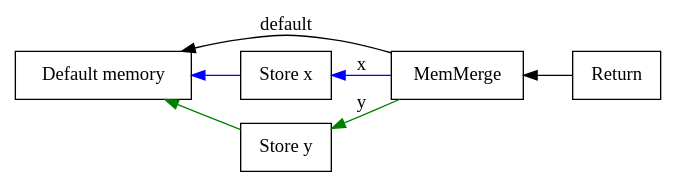
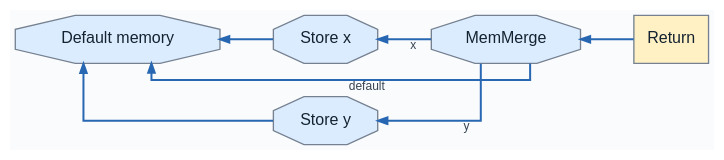
One commit to SeaOfNodes/Simple changed the diagram in chapter10b/docs/example2a.gv. Above: the diagram before and after it, drawn with Graphviz. The commit also changed 175 other files, not shown here.

```diff
--- a/chapter10b/docs/example2a.gv
+++ b/chapter10b/docs/example2a.gv
@@ -1,10 +1,17 @@
 digraph Memory {
+  // IR styles match graph/web/render.js; arrows are use -> definition.
+  graph [bgcolor="#fafbfc" fontname="Helvetica" nodesep=0.35 ranksep=0.55 splines=ortho];
+  node [fontname="Helvetica" fontsize=12 color="#758191" fontcolor="#152330" shape=box style="rounded,filled" fillcolor="#edf3f7"];
+  edge [fontname="Helvetica" fontsize=9 color="#536477" fontcolor="#364352" arrowsize=0.7 penwidth=1.5];
+
   rankdir=RL;
-  node [shape=box];
-  M [label="Default memory"];
-  X [label="Store x"];
-  Y [label="Store y"];
-  X -> M [color=blue]; Y -> M [color=green];
-  MemMerge -> M [label="default"]; MemMerge -> X [label="x",color=blue];
-  MemMerge -> Y [label="y",color=green]; Return -> MemMerge;
+
+  M [label="Default memory" shape=octagon style="filled" fillcolor="#dcecff"];
+  X [label="Store x" shape=octagon style="filled" fillcolor="#dcecff"];
+  Y [label="Store y" shape=octagon style="filled" fillcolor="#dcecff"];
+  X -> M [color="#2867b2"]; Y -> M [color="#2867b2"];
+  MemMerge -> M [xlabel="default",color="#2867b2"]; MemMerge -> X [xlabel="x",color="#2867b2"];
+  MemMerge -> Y [xlabel="y",color="#2867b2"]; Return -> MemMerge [color="#2867b2"];
+  Return [shape=box style="filled" fillcolor="#fff1c4"];
+  MemMerge [shape=octagon style="filled" fillcolor="#dcecff"];
 }
```
